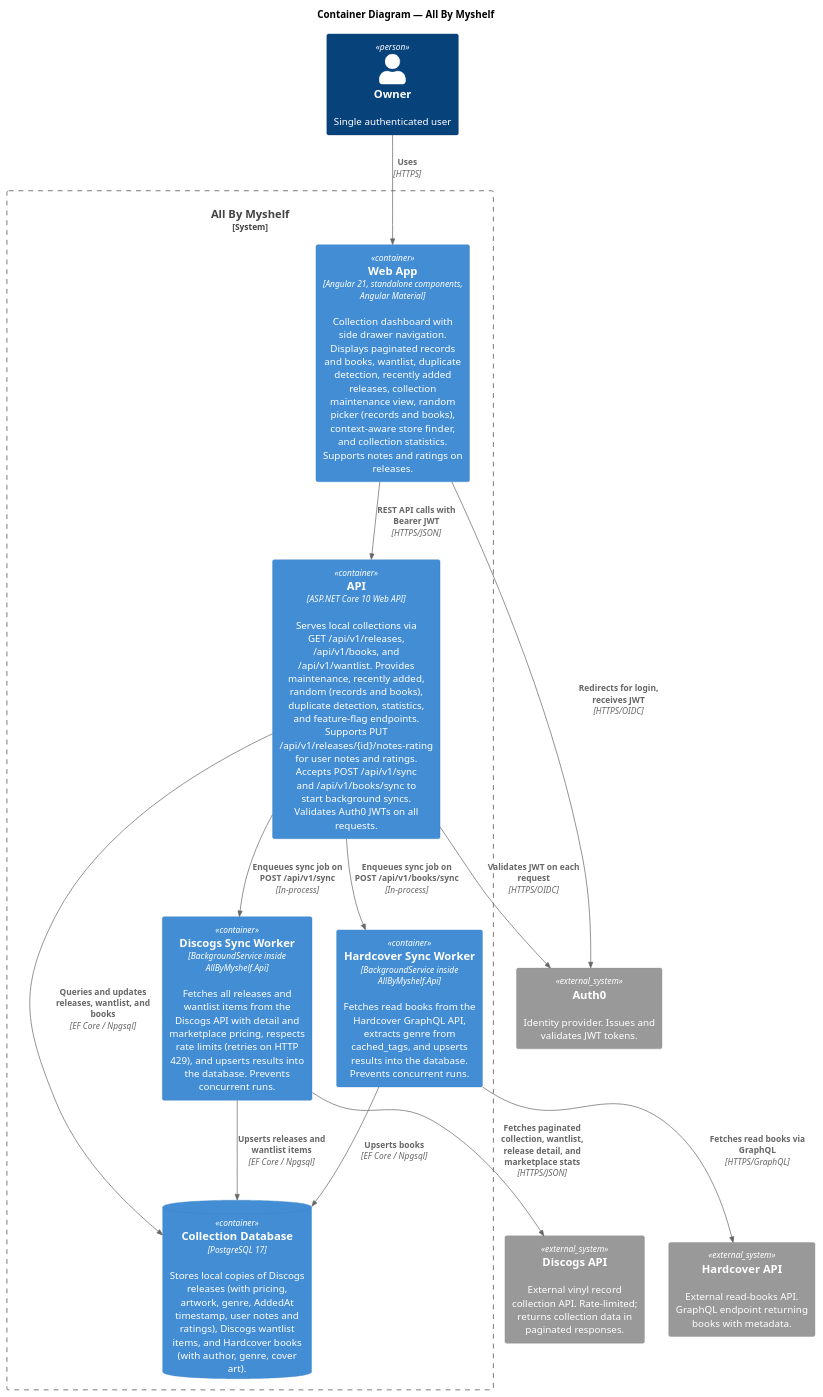
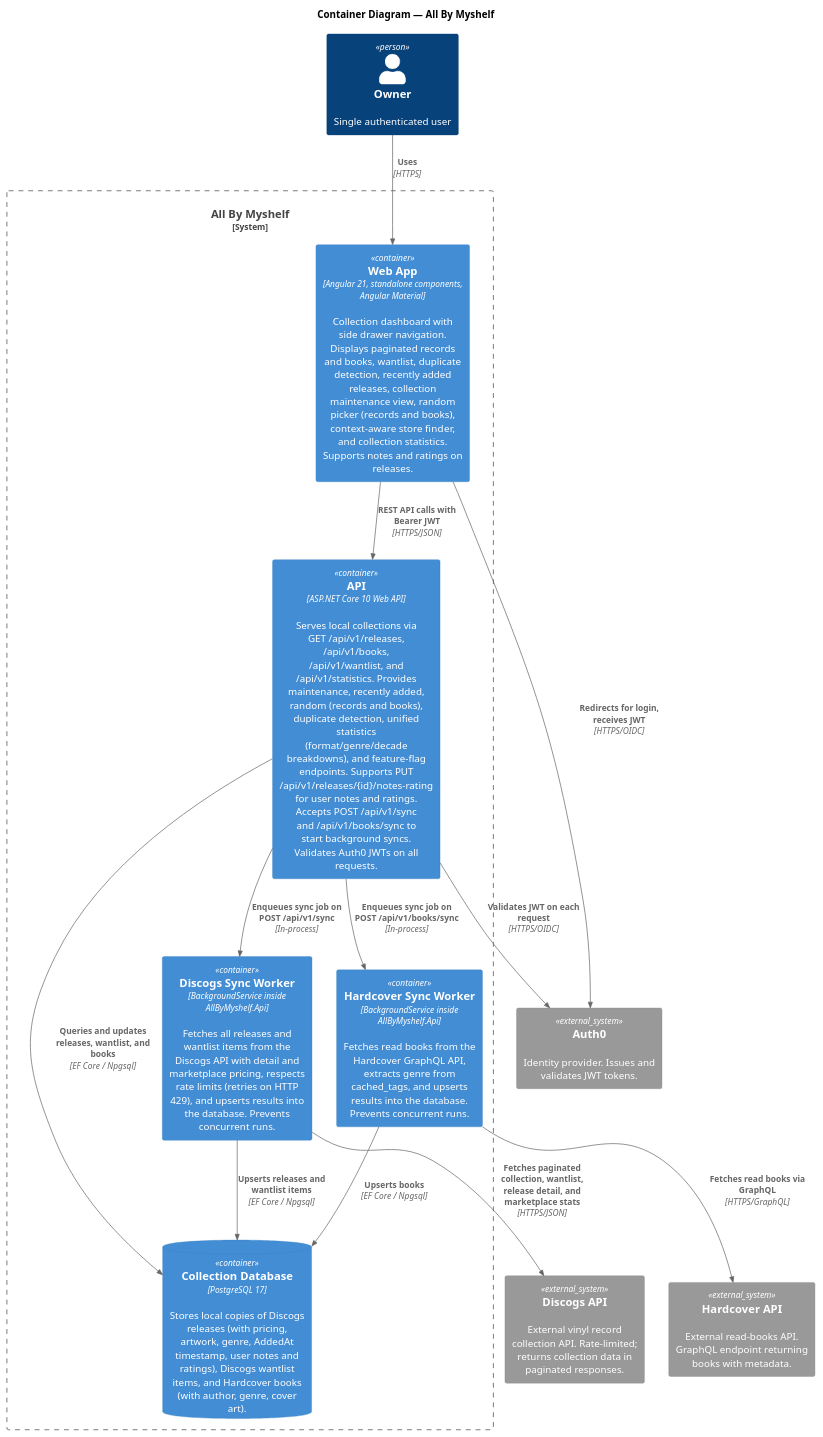
The diagram in docs/c4/container.puml (ronlease/All-By-Myshelf), drawn with PlantUML before and after one commit. The commit also changed 18 other files, not shown here.

First line of the commit message:
feat(ABM-034): unified statistics dashboard (#40)

```diff
--- a/docs/c4/container.puml
+++ b/docs/c4/container.puml
@@ -1,36 +1,36 @@
 @startuml
 !include https://raw.githubusercontent.com/plantuml-stdlib/C4-PlantUML/master/C4_Container.puml
 
 title Container Diagram — All By Myshelf
 
 Person(user, "Owner", "Single authenticated user")
 
 System_Ext(auth0, "Auth0", "Identity provider. Issues and validates JWT tokens.")
 System_Ext(discogs, "Discogs API", "External vinyl record collection API. Rate-limited; returns collection data in paginated responses.")
 System_Ext(hardcover, "Hardcover API", "External read-books API. GraphQL endpoint returning books with metadata.")
 
 System_Boundary(app, "All By Myshelf") {
     Container(web, "Web App", "Angular 21, standalone components, Angular Material", "Collection dashboard with side drawer navigation. Displays paginated records and books, wantlist, duplicate detection, recently added releases, collection maintenance view, random picker (records and books), context-aware store finder, and collection statistics. Supports notes and ratings on releases.")
 
-    Container(api, "API", "ASP.NET Core 10 Web API", "Serves local collections via GET /api/v1/releases, /api/v1/books, and /api/v1/wantlist. Provides maintenance, recently added, random (records and books), duplicate detection, statistics, and feature-flag endpoints. Supports PUT /api/v1/releases/{id}/notes-rating for user notes and ratings. Accepts POST /api/v1/sync and /api/v1/books/sync to start background syncs. Validates Auth0 JWTs on all requests.")
+    Container(api, "API", "ASP.NET Core 10 Web API", "Serves local collections via GET /api/v1/releases, /api/v1/books, /api/v1/wantlist, and /api/v1/statistics. Provides maintenance, recently added, random (records and books), duplicate detection, unified statistics (format/genre/decade breakdowns), and feature-flag endpoints. Supports PUT /api/v1/releases/{id}/notes-rating for user notes and ratings. Accepts POST /api/v1/sync and /api/v1/books/sync to start background syncs. Validates Auth0 JWTs on all requests.")
 
     Container(discogsSyncWorker, "Discogs Sync Worker", "BackgroundService inside AllByMyshelf.Api", "Fetches all releases and wantlist items from the Discogs API with detail and marketplace pricing, respects rate limits (retries on HTTP 429), and upserts results into the database. Prevents concurrent runs.")
 
     Container(hardcoverSyncWorker, "Hardcover Sync Worker", "BackgroundService inside AllByMyshelf.Api", "Fetches read books from the Hardcover GraphQL API, extracts genre from cached_tags, and upserts results into the database. Prevents concurrent runs.")
 
     ContainerDb(db, "Collection Database", "PostgreSQL 17", "Stores local copies of Discogs releases (with pricing, artwork, genre, AddedAt timestamp, user notes and ratings), Discogs wantlist items, and Hardcover books (with author, genre, cover art).")
 }
 
 Rel(user, web, "Uses", "HTTPS")
 Rel(web, auth0, "Redirects for login, receives JWT", "HTTPS/OIDC")
 Rel(web, api, "REST API calls with Bearer JWT", "HTTPS/JSON")
 Rel(api, auth0, "Validates JWT on each request", "HTTPS/OIDC")
 Rel(api, discogsSyncWorker, "Enqueues sync job on POST /api/v1/sync", "In-process")
 Rel(api, hardcoverSyncWorker, "Enqueues sync job on POST /api/v1/books/sync", "In-process")
 Rel(discogsSyncWorker, discogs, "Fetches paginated collection, wantlist, release detail, and marketplace stats", "HTTPS/JSON")
 Rel(hardcoverSyncWorker, hardcover, "Fetches read books via GraphQL", "HTTPS/GraphQL")
 Rel(discogsSyncWorker, db, "Upserts releases and wantlist items", "EF Core / Npgsql")
 Rel(hardcoverSyncWorker, db, "Upserts books", "EF Core / Npgsql")
 Rel(api, db, "Queries and updates releases, wantlist, and books", "EF Core / Npgsql")
 
 @enduml
```
